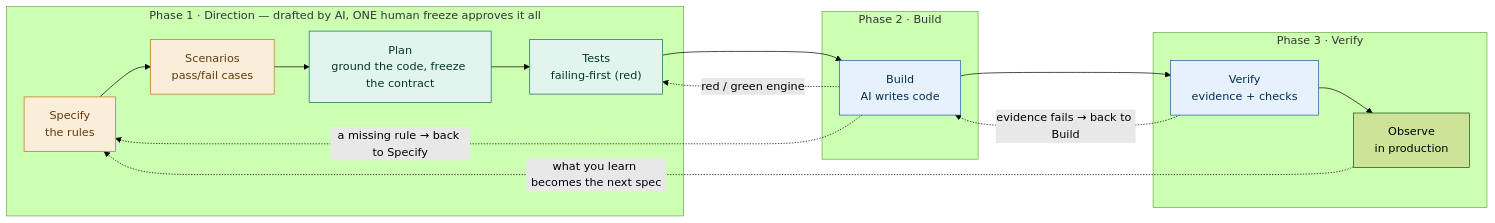
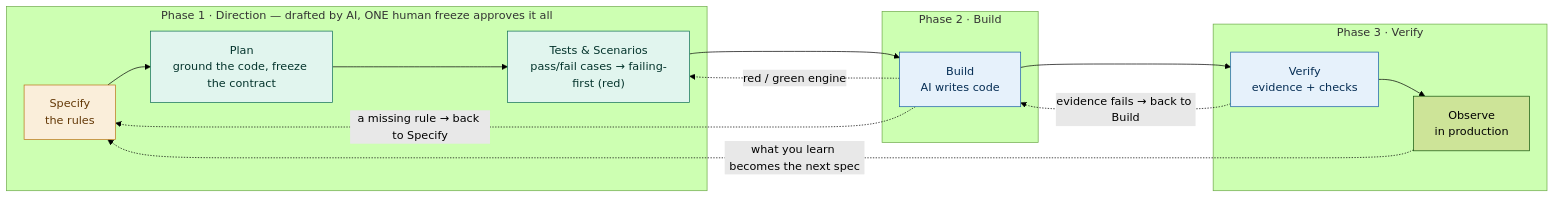
One commit to pilotspace/ADD changed the diagram in add-method/docs/02-the-flow.md. Above: the diagram before and after it, drawn with Mermaid (forest theme). The commit also changed other lines of this file and 36 other files, not shown here.

````diff
--- a/add-method/docs/02-the-flow.md
+++ b/add-method/docs/02-the-flow.md
@@ -15,26 +13,25 @@
 ```mermaid
 flowchart LR
   subgraph DIR["Phase 1 · Direction — drafted by AI, ONE human freeze approves it all"]
-    S1["Specify<br/>the rules"] --> S2["Scenarios<br/>pass/fail cases"]
-    S2 --> S3["Plan<br/>ground the code, freeze the contract"]
-    S3 --> S4["Tests<br/>failing-first (red)"]
+    S1["Specify<br/>the rules"] --> S3["Plan<br/>ground the code, freeze the contract"]
+    S3 --> S4["Tests &amp; Scenarios<br/>pass/fail cases → failing-first (red)"]
   end
   subgraph BLD["Phase 2 · Build"]
     S5["Build<br/>AI writes code"]
   end
   subgraph VER["Phase 3 · Verify"]
     S6["Verify<br/>evidence + checks"] --> OBS["Observe<br/>in production"]
   end
   S4 --> S5
   S5 --> S6
   S5 -. "red / green engine" .-> S4
   S6 -. "evidence fails → back to Build" .-> S5
   S5 -. "a missing rule → back to Specify" .-> S1
   OBS -. "what you learn becomes the next spec" .-> S1
   classDef human fill:#FAEEDA,stroke:#BA7517,color:#633806;
   classDef decision fill:#E1F5EE,stroke:#0F6E56,color:#04342C;
   classDef machine fill:#E6F1FB,stroke:#185FA5,color:#042C53;
-  class S1,S2 human;
+  class S1 human;
   class S3,S4 decision;
   class S5,S6 machine;
 ```
````
